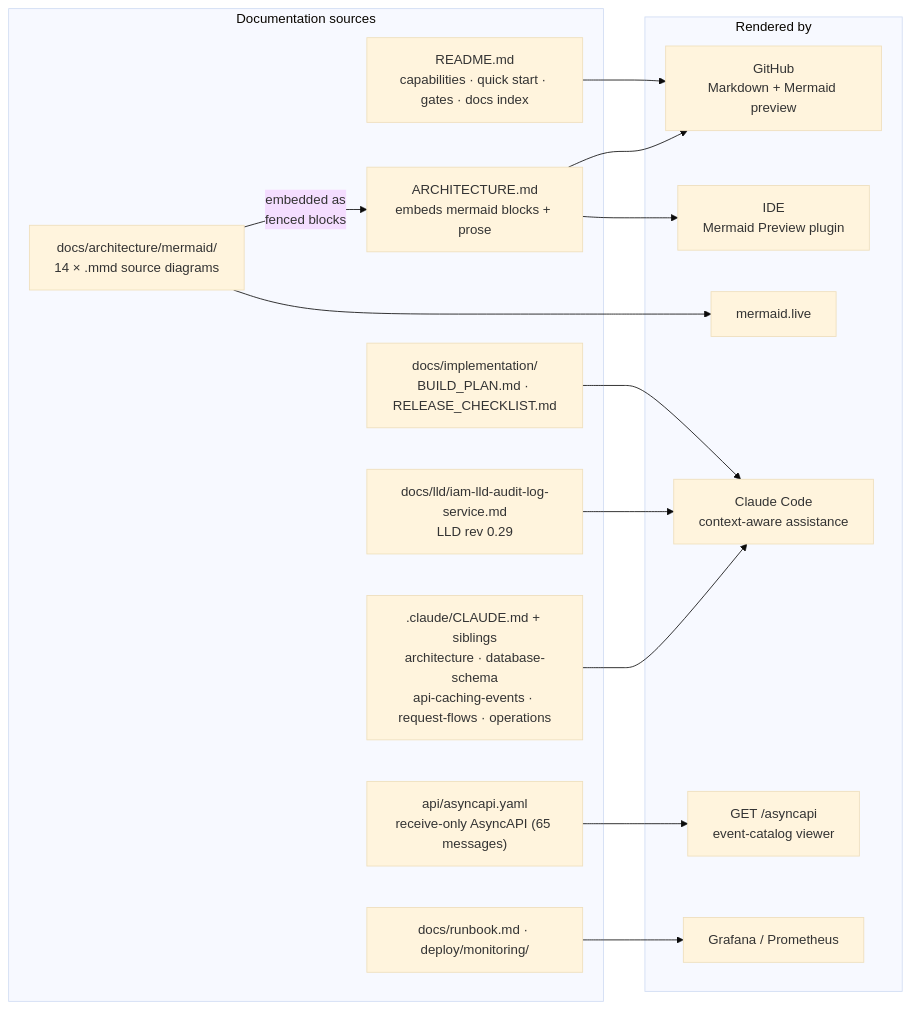
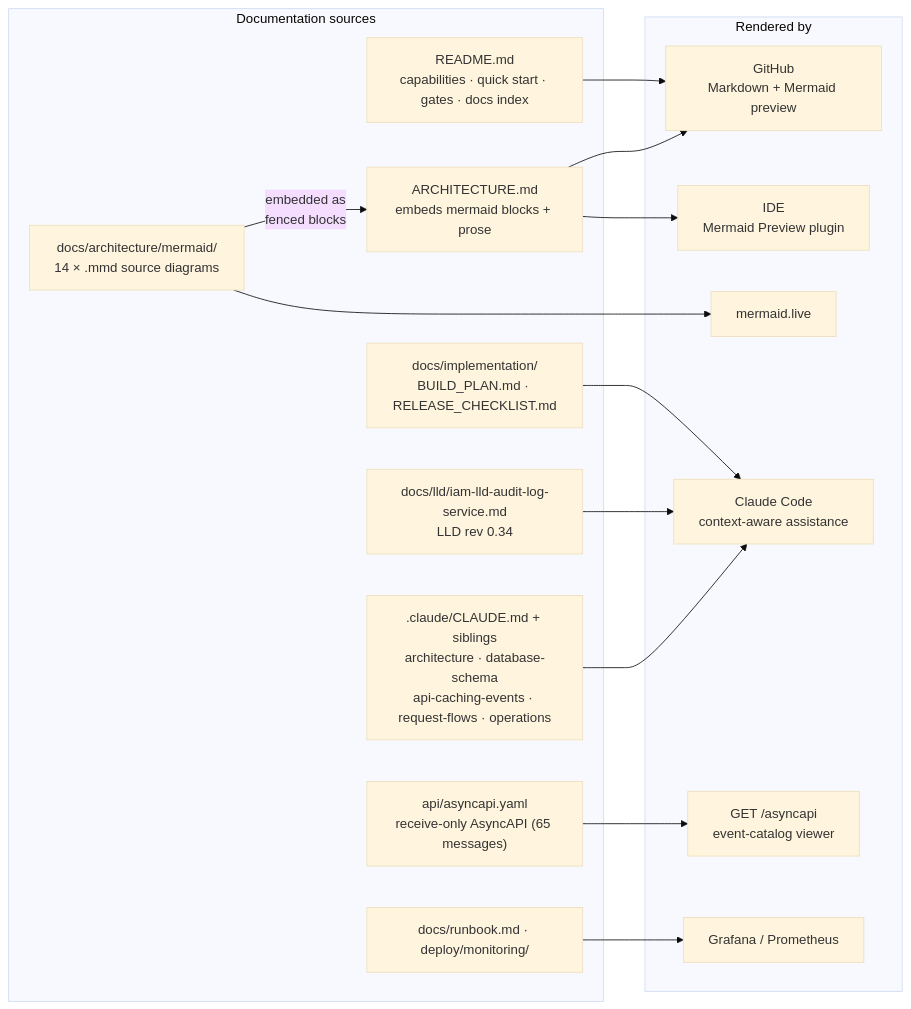
Before and after one commit to BCBP-SOLUTIONS-FZC-LLC/iam-audit-log: diagram 14 of 14 in ARCHITECTURE.md, drawn with Mermaid (base theme). The commit also changed other lines of this file and 40 other files, not shown here.

First line of the commit message:
feat(ingest): answer platform-audit open items (D-25..D-28, LLD rev 0.34) (#13)

````diff
--- a/ARCHITECTURE.md
+++ b/ARCHITECTURE.md
@@ -1009,33 +1011,33 @@
 ```mermaid
 graph LR
     subgraph sources["Documentation sources"]
         mmd["docs/architecture/mermaid/\n14 × .mmd source diagrams"]
         arch["ARCHITECTURE.md\nembeds mermaid blocks + prose"]
         claude[".claude/CLAUDE.md + siblings\narchitecture · database-schema\napi-caching-events · request-flows · operations"]
         readme["README.md\ncapabilities · quick start · gates · docs index"]
         asyncapi_yaml["api/asyncapi.yaml\nreceive-only AsyncAPI (65 messages)"]
-        lld["docs/lld/iam-lld-audit-log-service.md\nLLD rev 0.29"]
+        lld["docs/lld/iam-lld-audit-log-service.md\nLLD rev 0.34"]
         plan["docs/implementation/\nBUILD_PLAN.md · RELEASE_CHECKLIST.md"]
         ops["docs/runbook.md · deploy/monitoring/"]
     end
 
     subgraph rendered["Rendered by"]
         github["GitHub\nMarkdown + Mermaid preview"]
         ide["IDE\nMermaid Preview plugin"]
         live["mermaid.live"]
         claude_ai["Claude Code\ncontext-aware assistance"]
         asyncapi_viewer["GET /asyncapi\nevent-catalog viewer"]
         grafana["Grafana / Prometheus"]
     end
 
     mmd -->|"embedded as\nfenced blocks"| arch
     arch --> github
     arch --> ide
     mmd --> live
     claude --> claude_ai
     lld --> claude_ai
     plan --> claude_ai
     readme --> github
     asyncapi_yaml --> asyncapi_viewer
     ops --> grafana
 ```
````
